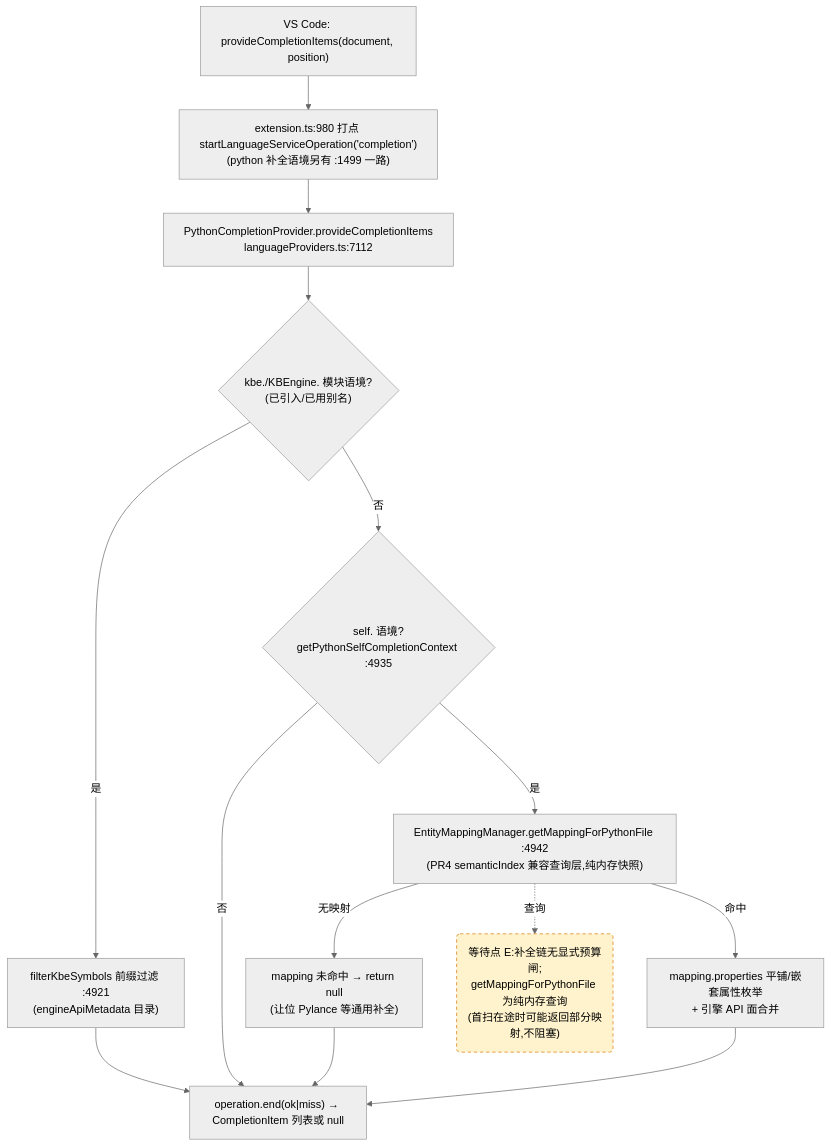
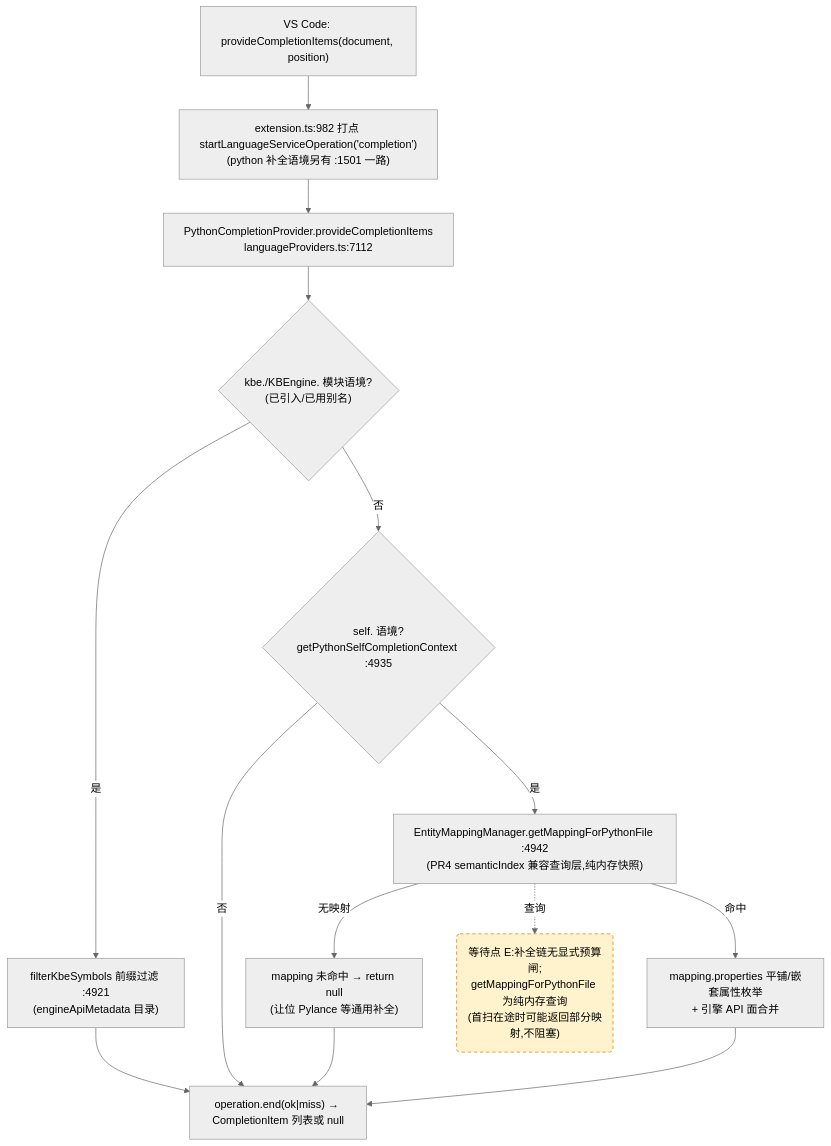
One commit to cuihairu/kode changed the third of 4 diagrams in docs/perf/2026-baseline.md. Above: the diagram before and after it, drawn with Mermaid (neutral theme). The commit also changed other lines of this file and 9 other files, not shown here.

````diff
--- a/docs/perf/2026-baseline.md
+++ b/docs/perf/2026-baseline.md
@@ -184,27 +184,27 @@
 ```mermaid
 flowchart TD
   VC3["VS Code: provideCompletionItems(document, position)"]
-  M3["extension.ts:980 打点 startLanguageServiceOperation('completion')<br/>(python 补全语境另有 :1499 一路)"]
+  M3["extension.ts:982 打点 startLanguageServiceOperation('completion')<br/>(python 补全语境另有 :1501 一路)"]
   CP["PythonCompletionProvider.provideCompletionItems<br/>languageProviders.ts:7112"]
   KBEC{"kbe./KBEngine. 模块语境?<br/>(已引入/已用别名)"}
   FILTER["filterKbeSymbols 前缀过滤 :4921<br/>(engineApiMetadata 目录)"]
   SELFC{"self. 语境?<br/>getPythonSelfCompletionContext :4935"}
   MAP["EntityMappingManager.getMappingForPythonFile :4942<br/>(PR4 semanticIndex 兼容查询层,纯内存快照)"]
   NOMAP["mapping 未命中 → return null<br/>(让位 Pylance 等通用补全)"]
   PROPS["mapping.properties 平铺/嵌套属性枚举<br/>+ 引擎 API 面合并"]
   END3["operation.end(ok|miss) → CompletionItem 列表或 null"]
 
   VC3 --> M3 --> CP --> KBEC
   KBEC -- "是" --> FILTER --> END3
   KBEC -- "否" --> SELFC
   SELFC -- "否" --> END3
   SELFC -- "是" --> MAP
   MAP -- "无映射" --> NOMAP --> END3
   MAP -- "命中" --> PROPS --> END3
 
   WAITE("等待点 E:补全链无显式预算闸;<br/>getMappingForPythonFile 为纯内存查询<br/>(首扫在途时可能返回部分映射,不阻塞)")
   MAP -.->|查询| WAITE
 
   classDef waitPoint fill:#fff3cd,stroke:#d97706,stroke-dasharray:5 4;
   class WAITE waitPoint;
 ```
````
